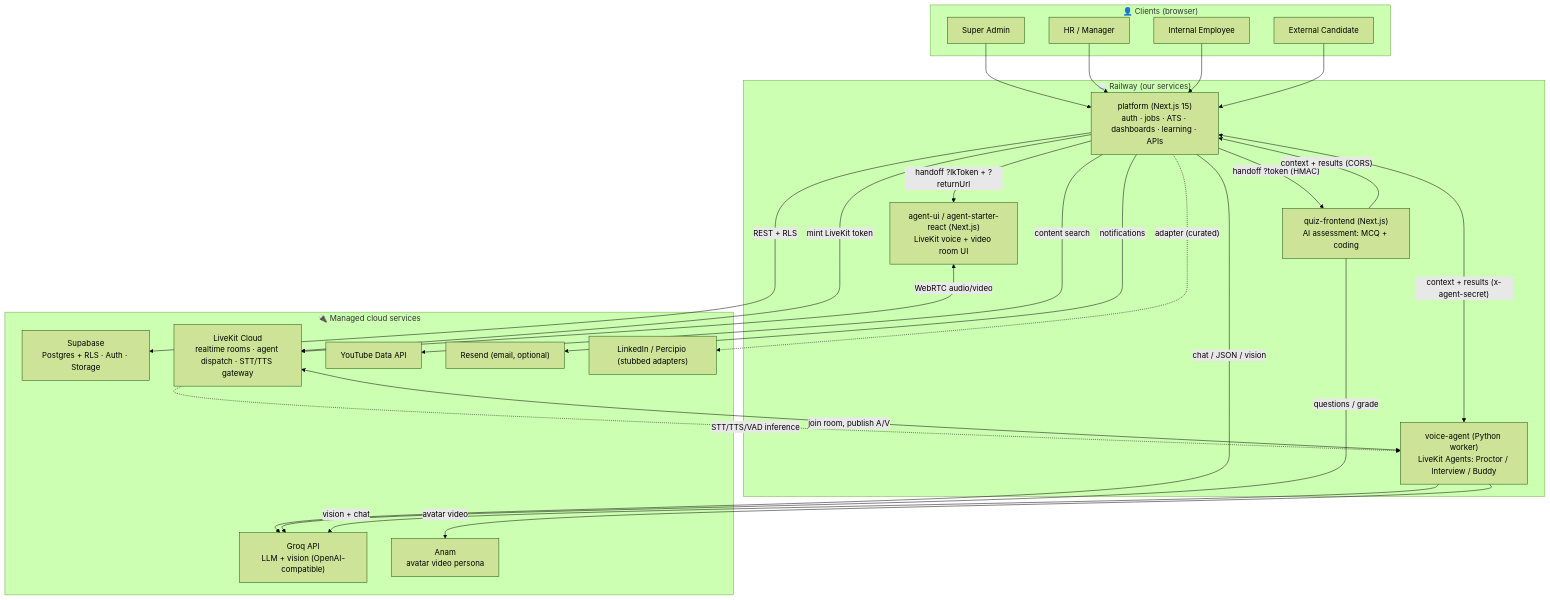
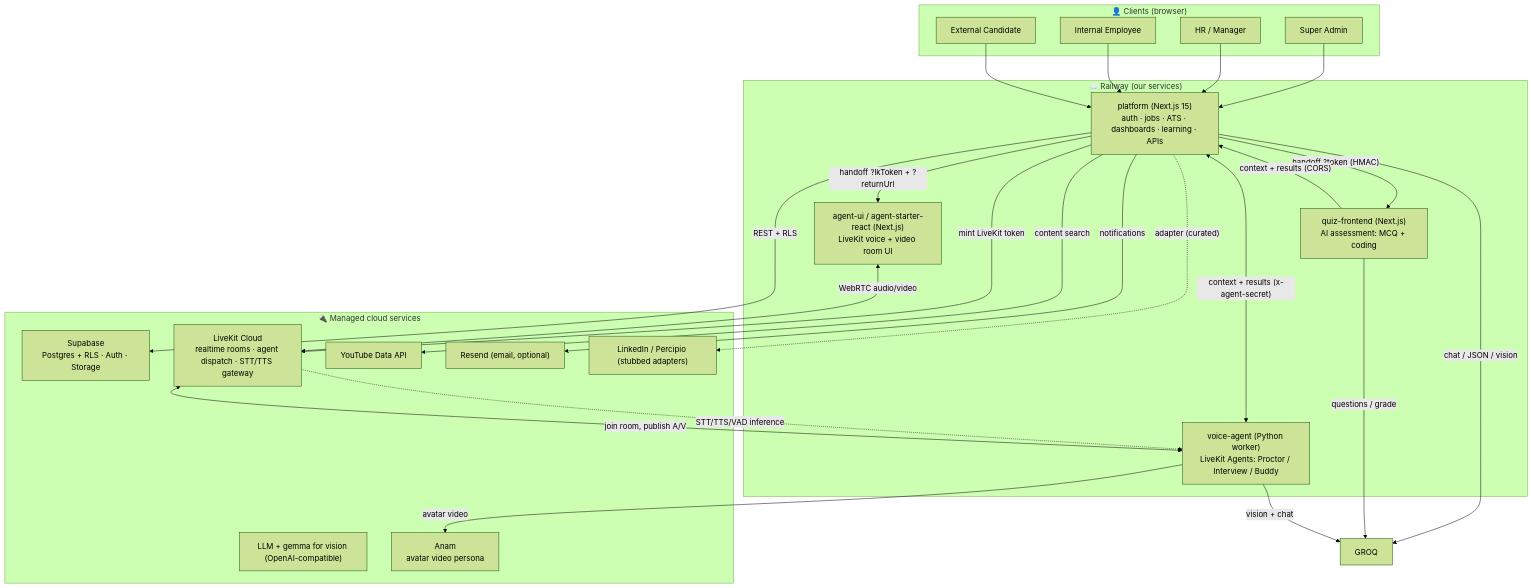
One commit to Git0Chetan/Qore_AI_1 changed the first of 6 diagrams in a.md. Above: the diagram before and after it, drawn with Mermaid (forest theme). The commit also changed other lines of this file, not shown here.

Commit message:
Replace Groq with Ollama/Gemma in documentation

````diff
--- a/a.md
+++ b/a.md
@@ -10,51 +10,51 @@
 ```mermaid
 flowchart TB
   subgraph Clients["👤 Clients (browser)"]
     SA["Super Admin"]
     HR["HR / Manager"]
     EMP["Internal Employee"]
     CAND["External Candidate"]
   end
 
   subgraph Railway["☁️ Railway (our services)"]
     PF["platform (Next.js 15)\nauth · jobs · ATS · dashboards · learning · APIs"]
     QF["quiz-frontend (Next.js)\nAI assessment: MCQ + coding"]
     AUI["agent-ui / agent-starter-react (Next.js)\nLiveKit voice + video room UI"]
     VA["voice-agent (Python worker)\nLiveKit Agents: Proctor / Interview / Buddy"]
   end
 
   subgraph Managed["🔌 Managed cloud services"]
     SB["Supabase\nPostgres + RLS · Auth · Storage"]
     LK["LiveKit Cloud\nrealtime rooms · agent dispatch · STT/TTS gateway"]
-    GROQ["Groq API\nLLM + vision (OpenAI-compatible)"]
+    Ollama["LLM + gemma for vision (OpenAI-compatible)"]
     ANAM["Anam\navatar video persona"]
     YT["YouTube Data API"]
     RESEND["Resend (email, optional)"]
     LIPER["LinkedIn / Percipio (stubbed adapters)"]
   end
 
   SA --> PF
   HR --> PF
   EMP --> PF
   CAND --> PF
 
   PF -->|"REST + RLS"| SB
   PF -->|"chat / JSON / vision"| GROQ
   PF -->|"mint LiveKit token"| LK
   PF -->|"content search"| YT
   PF -->|"notifications"| RESEND
   PF -. "adapter (curated)" .-> LIPER
 
   PF -->|"handoff ?token (HMAC)"| QF
   PF -->|"handoff ?lkToken + ?returnUrl"| AUI
   QF -->|"questions / grade"| GROQ
   QF -->|"context + results (CORS)"| PF
 
   AUI <-->|"WebRTC audio/video"| LK
   VA <-->|"join room, publish A/V"| LK
   VA -->|"avatar video"| ANAM
   VA -->|"vision + chat"| GROQ
   VA <-->|"context + results (x-agent-secret)"| PF
 
   LK -. "STT/TTS/VAD inference" .-> VA
 ```
````
